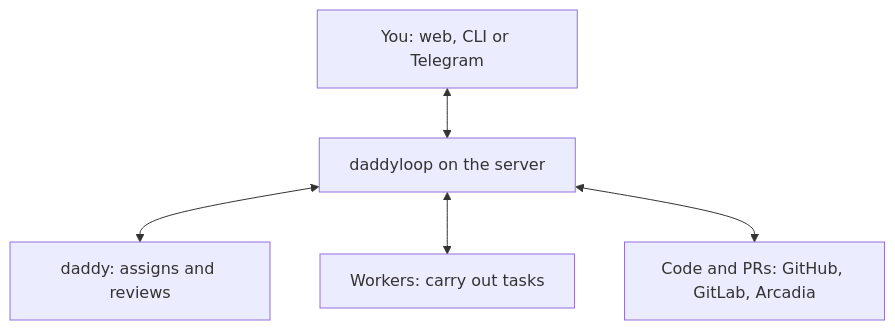
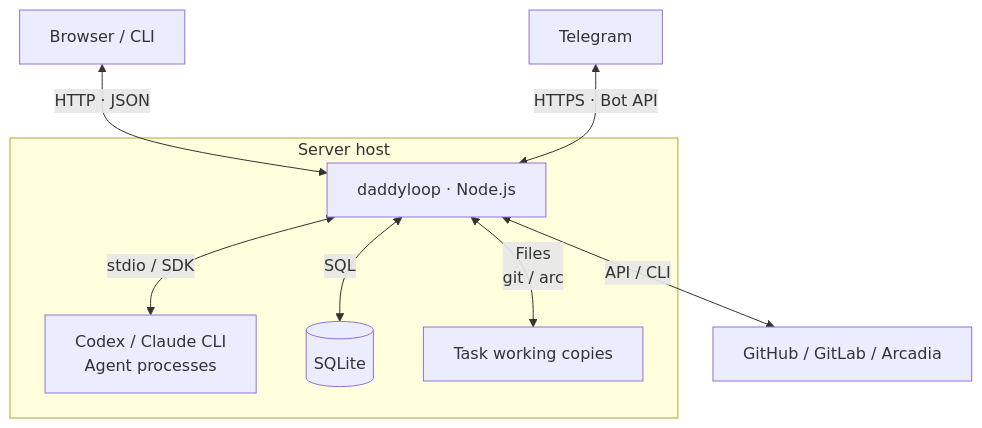
One commit to heesooyaam/daddyloop changed the diagram in docs/architecture/en.md. Above: the diagram before and after it, drawn with Mermaid. The commit also changed other lines of this file and 6 other files, not shown here.

Commit message:
docs: explain architecture connections and invariants (#28)

````diff
--- a/docs/architecture/en.md
+++ b/docs/architecture/en.md
@@ -11,7 +13,11 @@
 ```mermaid
 flowchart TB
-    U["You: web, CLI or Telegram"] <--> S["daddyloop on the server"]
-    S <--> D["daddy: assigns and reviews"]
-    S <--> W["Workers: carry out tasks"]
-    S <--> R["Code and PRs: GitHub, GitLab, Arcadia"]
+    U["Browser / CLI"] <-->|"HTTP · JSON"| S
+    T["Telegram"] <-->|"HTTPS · Bot API"| S
+    subgraph H["Server host"]
+        S["daddyloop · Node.js"] <-->|"stdio / SDK"| A["Codex / Claude CLI<br/>Agent processes"]
+        S <-->|"SQL"| DB[("SQLite")]
+        S <-->|"Files<br/>git / arc"| W["Task working copies"]
+    end
+    S <-->|"API / CLI"| R["GitHub / GitLab / Arcadia"]
 ```
````
